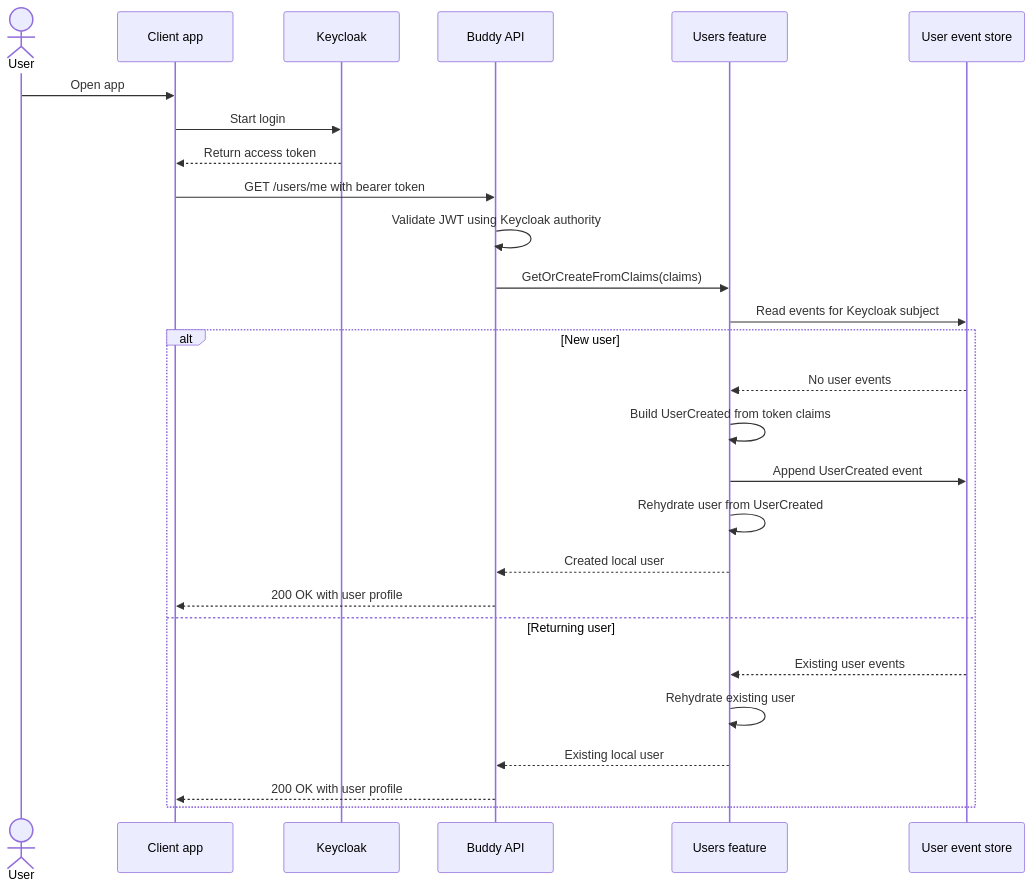
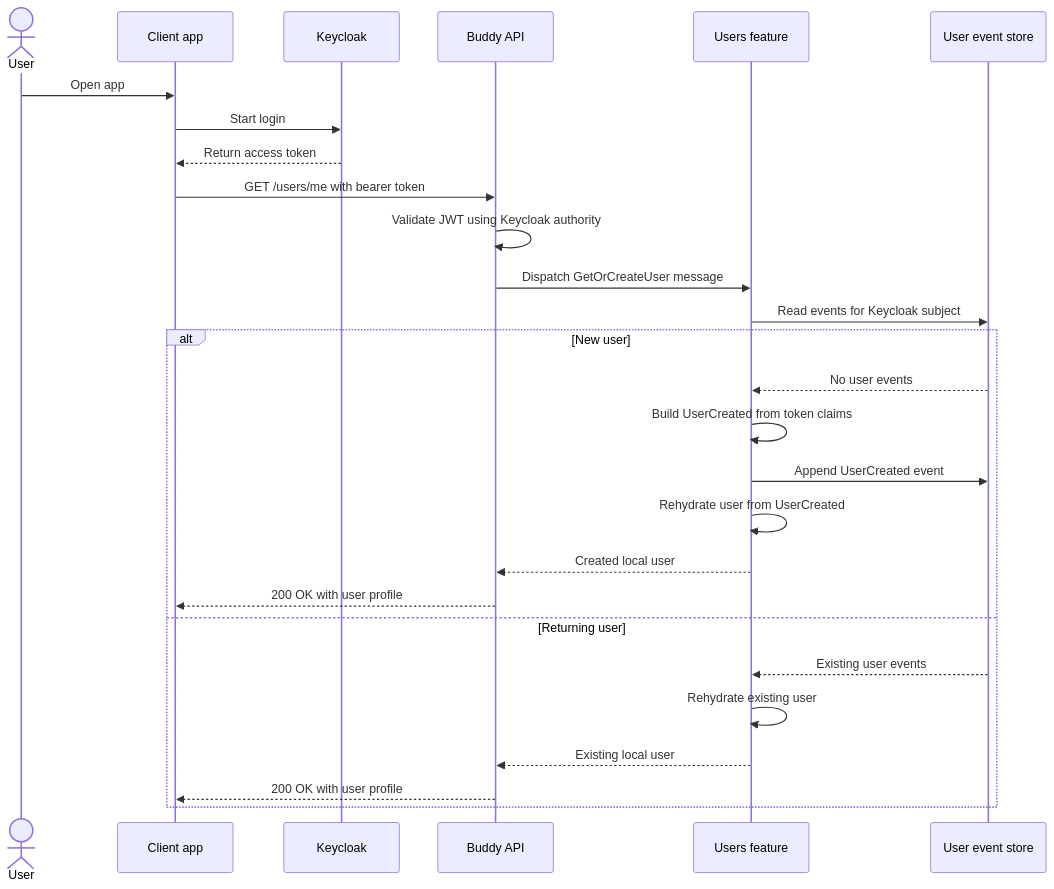
Before and after one commit to kimipsen/buddy: the diagram in docs/backend/users/flow.md, drawn with Mermaid. The commit also changed other lines of this file and 12 other files, not shown here.

Commit message:
feat: implement user management features; add endpoints for getting, creating, and deleting users, and listing user events

````diff
--- a/docs/backend/users/flow.md
+++ b/docs/backend/users/flow.md
@@ -5,31 +5,31 @@
 ```mermaid
 sequenceDiagram
     actor User
     participant App as Client app
     participant Keycloak
     participant API as Buddy API
     participant Users as Users feature
     participant Store as User event store
 
     User->>App: Open app
     App->>Keycloak: Start login
     Keycloak-->>App: Return access token
     App->>API: GET /users/me with bearer token
     API->>API: Validate JWT using Keycloak authority
-    API->>Users: GetOrCreateFromClaims(claims)
+    API->>Users: Dispatch GetOrCreateUser message
     Users->>Store: Read events for Keycloak subject
 
     alt New user
         Store-->>Users: No user events
         Users->>Users: Build UserCreated from token claims
         Users->>Store: Append UserCreated event
         Users->>Users: Rehydrate user from UserCreated
         Users-->>API: Created local user
         API-->>App: 200 OK with user profile
     else Returning user
         Store-->>Users: Existing user events
         Users->>Users: Rehydrate existing user
         Users-->>API: Existing local user
         API-->>App: 200 OK with user profile
     end
 ```
````
